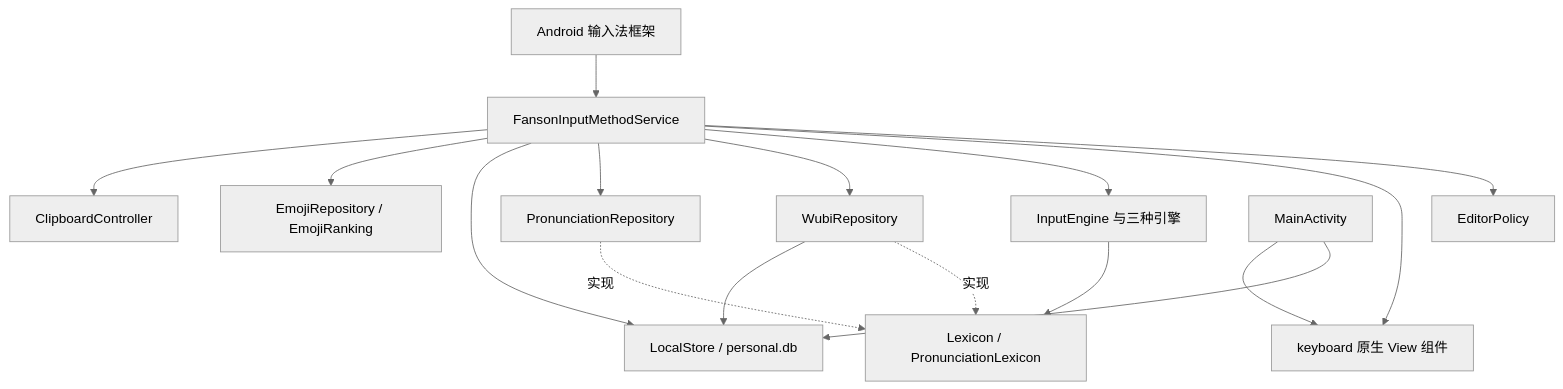
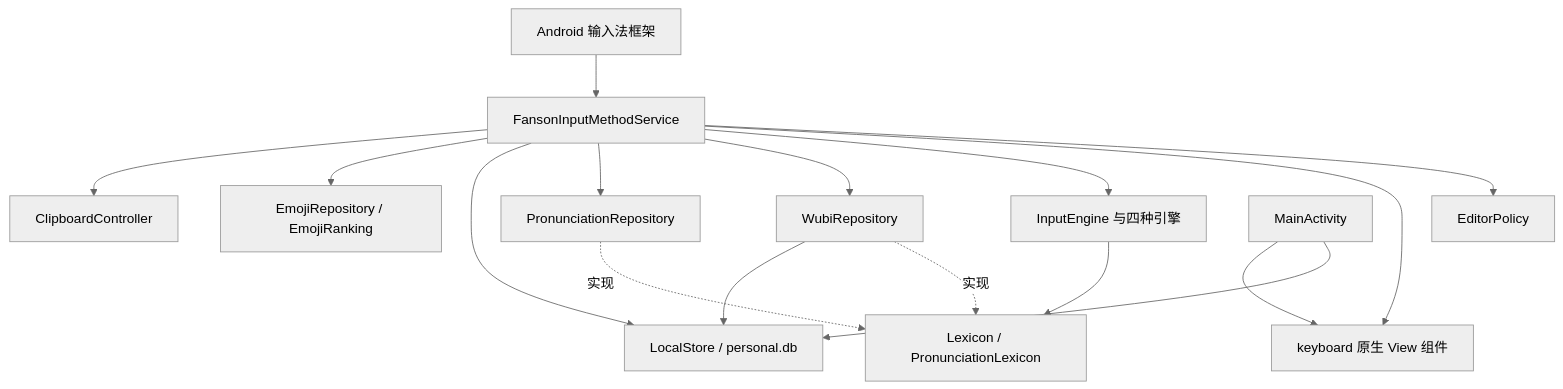
One commit to xiangfangsong/fansonIME changed the diagram in docs/technical/ARCHITECTURE.md. Above: the diagram before and after it, drawn with Mermaid (neutral theme). The commit also changed other lines of this file and 49 other files, not shown here.

````diff
--- a/docs/technical/ARCHITECTURE.md
+++ b/docs/technical/ARCHITECTURE.md
@@ -7,18 +7,18 @@
 ```mermaid
 flowchart TD
     Android[Android 输入法框架] --> Service[FansonInputMethodService]
     Service --> Policy[EditorPolicy]
     Service --> Views[keyboard 原生 View 组件]
-    Service --> Engines[InputEngine 与三种引擎]
+    Service --> Engines[InputEngine 与四种引擎]
     Engines --> Contracts[Lexicon / PronunciationLexicon]
     WubiRepo[WubiRepository] -. 实现 .-> Contracts
     ReadingRepo[PronunciationRepository] -. 实现 .-> Contracts
     Service --> WubiRepo
     Service --> ReadingRepo
     WubiRepo --> Store[LocalStore / personal.db]
     Service --> Store
     Service --> Emoji[EmojiRepository / EmojiRanking]
     Service --> Clip[ClipboardController]
     Activity[MainActivity] --> Store
     Activity --> Views
 ```
````
